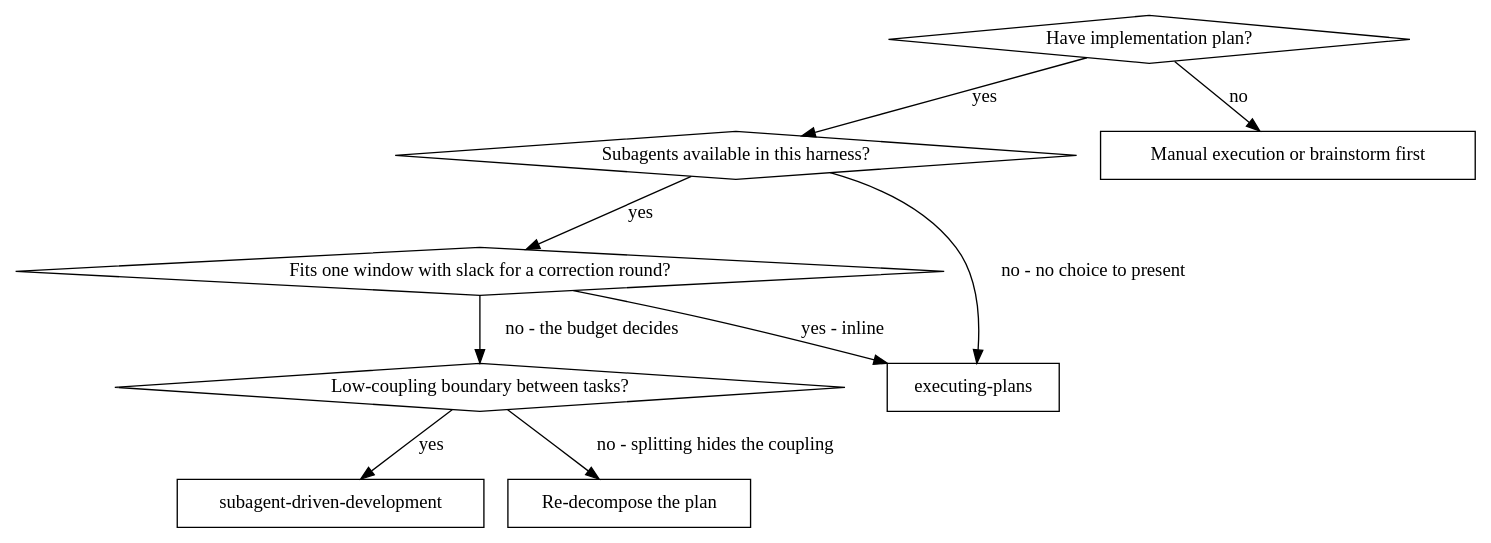
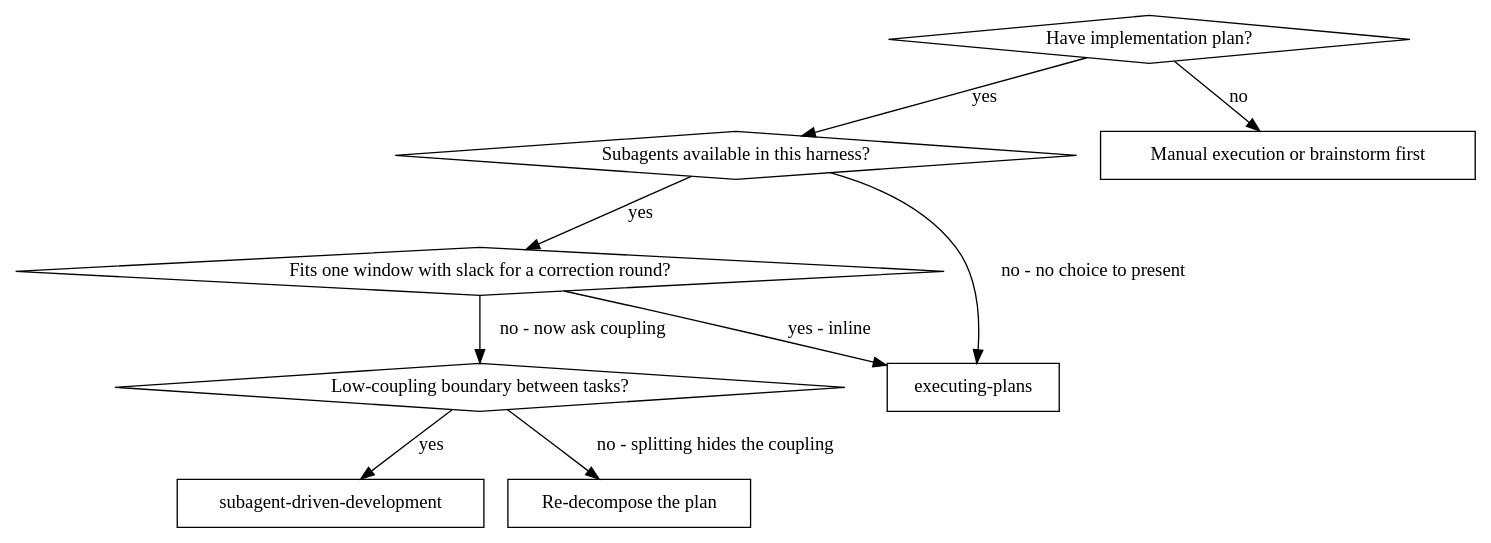
Before and after one commit to rodrigopaitach/superpowersplus: the diagram in skills/subagent-driven-development/SKILL.md, drawn with Graphviz. The commit also changed other lines of this file and 4 other files, not shown here.

````diff
--- a/skills/subagent-driven-development/SKILL.md
+++ b/skills/subagent-driven-development/SKILL.md
@@ -63,21 +63,21 @@
 ```dot
 digraph when_to_use {
     "Have implementation plan?" [shape=diamond];
     "Subagents available in this harness?" [shape=diamond];
     "Fits one window with slack for a correction round?" [shape=diamond];
     "Low-coupling boundary between tasks?" [shape=diamond];
     "subagent-driven-development" [shape=box];
     "executing-plans" [shape=box];
     "Manual execution or brainstorm first" [shape=box];
     "Re-decompose the plan" [shape=box];
 
     "Have implementation plan?" -> "Manual execution or brainstorm first" [label="no"];
     "Have implementation plan?" -> "Subagents available in this harness?" [label="yes"];
     "Subagents available in this harness?" -> "executing-plans" [label="no - no choice to present"];
     "Subagents available in this harness?" -> "Fits one window with slack for a correction round?" [label="yes"];
     "Fits one window with slack for a correction round?" -> "executing-plans" [label="yes - inline"];
-    "Fits one window with slack for a correction round?" -> "Low-coupling boundary between tasks?" [label="no - the budget decides"];
+    "Fits one window with slack for a correction round?" -> "Low-coupling boundary between tasks?" [label="no - now ask coupling"];
     "Low-coupling boundary between tasks?" -> "subagent-driven-development" [label="yes"];
     "Low-coupling boundary between tasks?" -> "Re-decompose the plan" [label="no - splitting hides the coupling"];
 }
 ```
````
